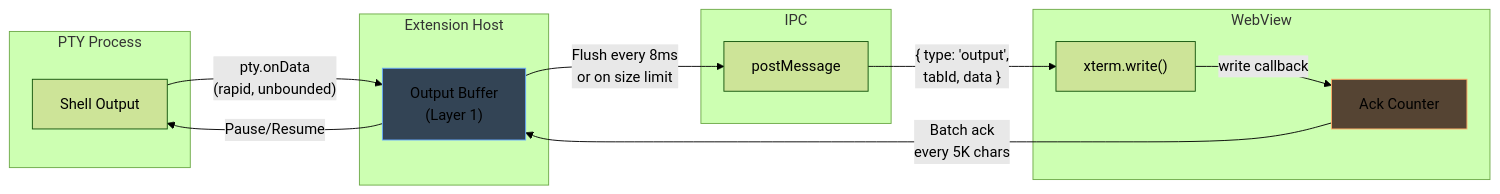
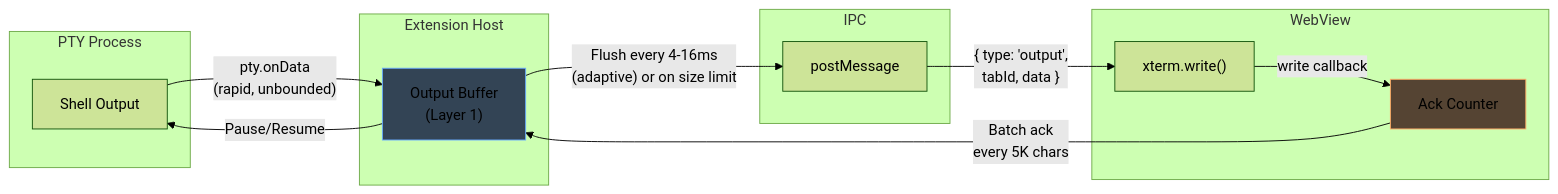
Before and after one commit to huybuidac/anywhere-terminal: the first of 6 diagrams in docs/design/output-buffering.md, drawn with Mermaid (forest theme). The commit also changed other lines of this file and 46 other files, not shown here.

Commit message:
refactor: extract terminal factory, split renderer, and flow control into dedicated modules, reducing main.ts to a composition root, and add new webview tests.

````diff
--- a/docs/design/output-buffering.md
+++ b/docs/design/output-buffering.md
@@ -17,29 +17,29 @@
 ```mermaid
 flowchart LR
     subgraph PTY["PTY Process"]
         P["Shell Output"]
     end
 
     subgraph ExtHost["Extension Host"]
         OB["Output Buffer<br/>(Layer 1)"]
     end
 
     subgraph IPC["IPC"]
         PM["postMessage"]
     end
 
     subgraph WebView["WebView"]
         XT["xterm.write()"]
         ACK["Ack Counter"]
     end
 
     P -->|"pty.onData<br/>(rapid, unbounded)"| OB
-    OB -->|"Flush every 8ms<br/>or on size limit"| PM
+    OB -->|"Flush every 4-16ms<br/>(adaptive) or on size limit"| PM
     PM -->|"{ type: 'output',<br/>tabId, data }"| XT
     XT -->|"write callback"| ACK
     ACK -->|"Batch ack<br/>every 5K chars"| OB
     OB -->|"Pause/Resume"| P
 
     style OB fill:#345,stroke:#6af
     style ACK fill:#543,stroke:#fa6
 ```
````
